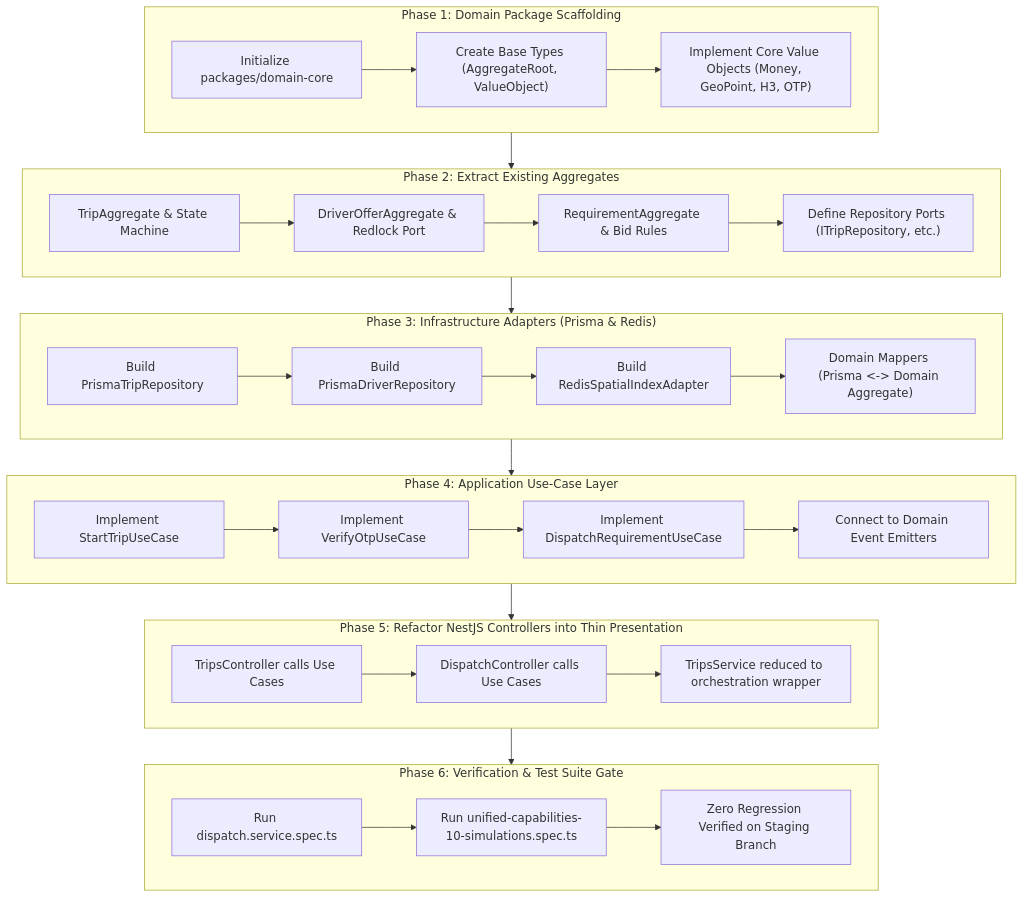
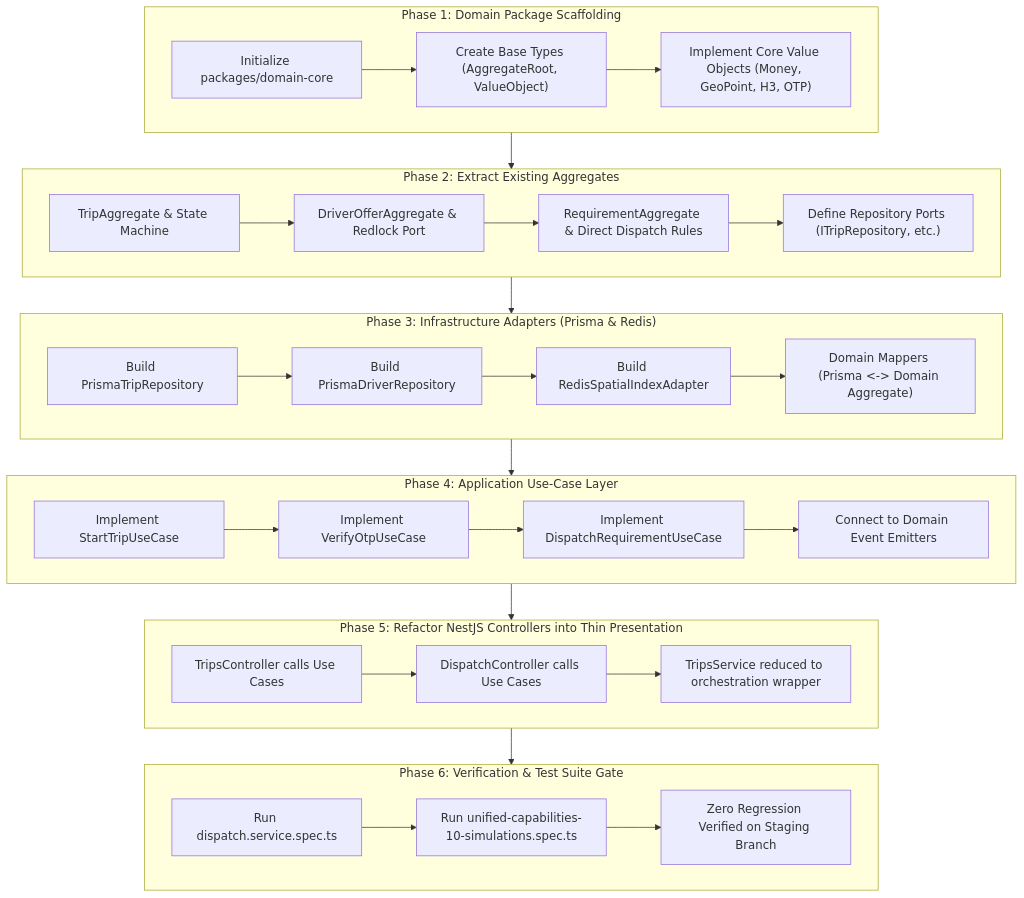
Before and after one commit to Prince364133/adhocx: the diagram in docs/corporate-ets/17_CURRENT_CODEBASE_TO_DDD_TRANSFORMATION_PLAN.md, drawn with Mermaid. The commit also changed other lines of this file and 6 other files, not shown here.

````diff
--- a/docs/corporate-ets/17_CURRENT_CODEBASE_TO_DDD_TRANSFORMATION_PLAN.md
+++ b/docs/corporate-ets/17_CURRENT_CODEBASE_TO_DDD_TRANSFORMATION_PLAN.md
@@ -108,37 +108,37 @@
 ```mermaid
 flowchart TD
     subgraph P1["Phase 1: Domain Package Scaffolding"]
         P1A["Initialize packages/domain-core"] --> P1B["Create Base Types (AggregateRoot, ValueObject)"]
         P1B --> P1C["Implement Core Value Objects (Money, GeoPoint, H3, OTP)"]
     end
 
     subgraph P2["Phase 2: Extract Existing Aggregates"]
         P2A["TripAggregate & State Machine"] --> P2B["DriverOfferAggregate & Redlock Port"]
-        P2B --> P2C["RequirementAggregate & Bid Rules"]
+        P2B --> P2C["RequirementAggregate & Direct Dispatch Rules"]
         P2C --> P2D["Define Repository Ports (ITripRepository, etc.)"]
     end
 
     subgraph P3["Phase 3: Infrastructure Adapters (Prisma & Redis)"]
         P3A["Build PrismaTripRepository"] --> P3B["Build PrismaDriverRepository"]
         P3B --> P3C["Build RedisSpatialIndexAdapter"]
         P3C --> P3D["Domain Mappers (Prisma <-> Domain Aggregate)"]
     end
 
     subgraph P4["Phase 4: Application Use-Case Layer"]
         P4A["Implement StartTripUseCase"] --> P4B["Implement VerifyOtpUseCase"]
         P4B --> P4C["Implement DispatchRequirementUseCase"]
         P4C --> P4D["Connect to Domain Event Emitters"]
     end
 
     subgraph P5["Phase 5: Refactor NestJS Controllers into Thin Presentation"]
         P5A["TripsController calls Use Cases"] --> P5B["DispatchController calls Use Cases"]
         P5B --> P5C["TripsService reduced to orchestration wrapper"]
     end
 
     subgraph P6["Phase 6: Verification & Test Suite Gate"]
         P6A["Run dispatch.service.spec.ts"] --> P6B["Run unified-capabilities-10-simulations.spec.ts"]
         P6B --> P6C["Zero Regression Verified on Staging Branch"]
     end
 
     P1 --> P2 --> P3 --> P4 --> P5 --> P6
 ```
````
